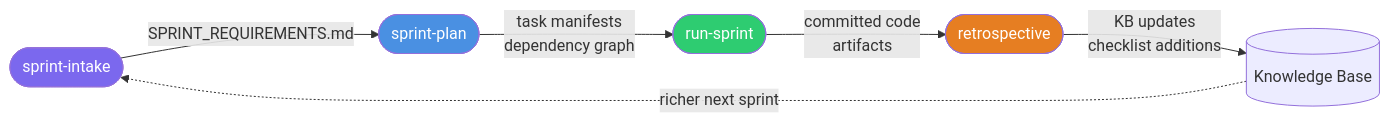
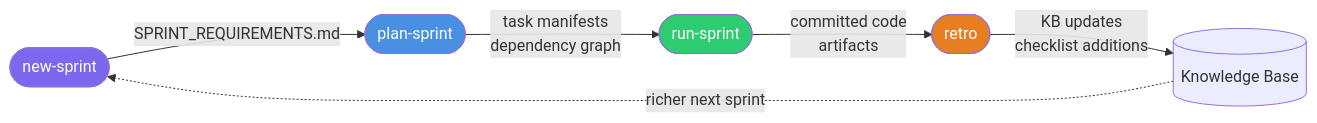
The first of 2 diagrams in docs/commands/index.md (Entelligentsia/forge), drawn with Mermaid before and after one commit. The commit also changed other lines of this file and 40 other files, not shown here.

````diff
--- a/docs/commands/index.md
+++ b/docs/commands/index.md
@@ -67,13 +69,13 @@
 ```mermaid
 flowchart LR
-    A([sprint-intake]) -->|SPRINT_REQUIREMENTS.md| B([sprint-plan])
+    A([new-sprint]) -->|SPRINT_REQUIREMENTS.md| B([plan-sprint])
     B -->|task manifests\ndependency graph| C([run-sprint])
-    C -->|committed code\nartifacts| D([retrospective])
+    C -->|committed code\nartifacts| D([retro])
     D -->|KB updates\nchecklist additions| E[(Knowledge Base)]
     E -.->|richer next sprint| A
 
     style A fill:#7b68ee,color:#fff
     style B fill:#4a90e2,color:#fff
     style C fill:#2ecc71,color:#fff
     style D fill:#e67e22,color:#fff
 ```
````
